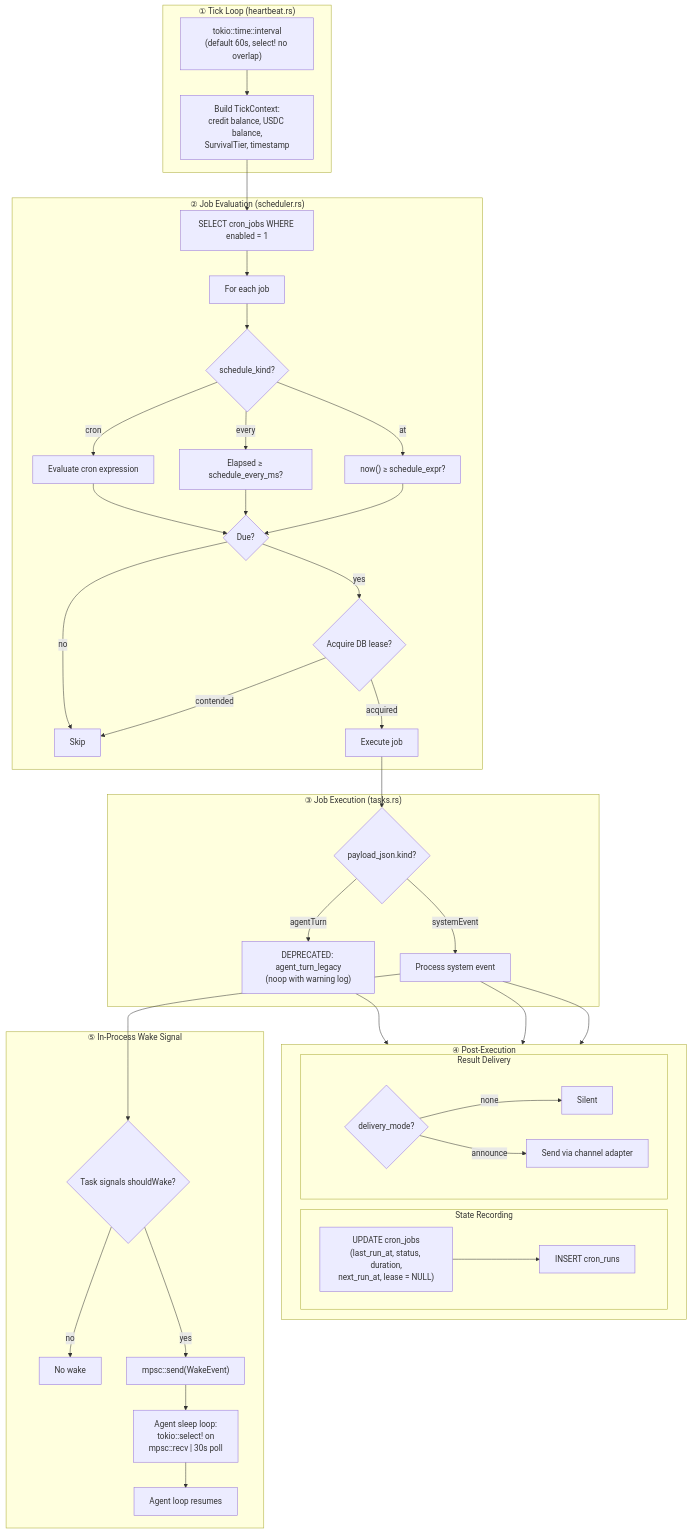
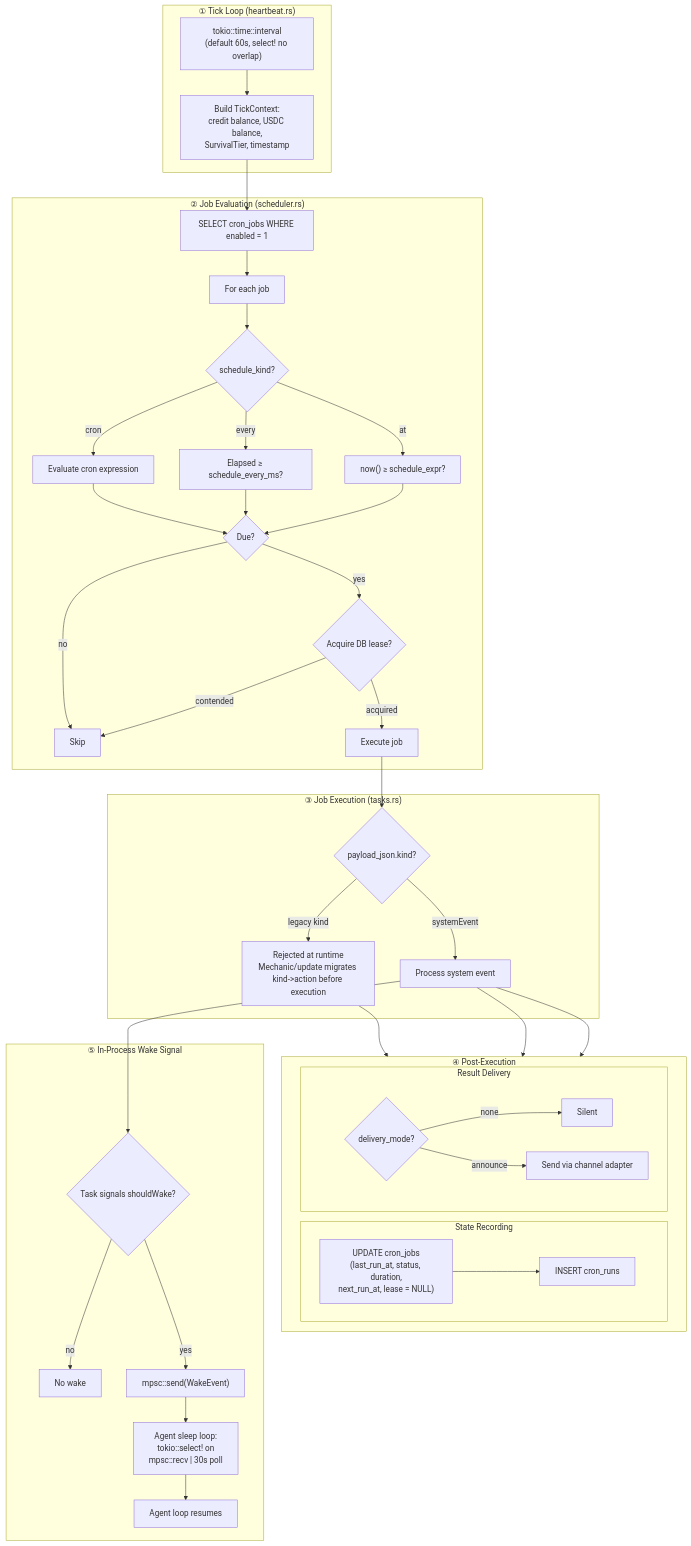
Diagram 11 of 27 in docs/architecture/ironclad-dataflow.md (robot-accomplice/ironclad), drawn with Mermaid before and after one commit. The commit also changed other lines of this file and 102 other files, not shown here.

````diff
--- a/docs/architecture/ironclad-dataflow.md
+++ b/docs/architecture/ironclad-dataflow.md
@@ -537,57 +537,57 @@
 ```mermaid
 flowchart TD
     subgraph TickLoop["① Tick Loop (heartbeat.rs)"]
         TOKIO_INTERVAL["tokio::time::interval<br/>(default 60s, select! no overlap)"]
         TOKIO_INTERVAL --> BUILD_CTX["Build TickContext:<br/>credit balance, USDC balance,<br/>SurvivalTier, timestamp"]
     end
 
     BUILD_CTX --> QUERY_JOBS
 
     subgraph Evaluate["② Job Evaluation (scheduler.rs)"]
         QUERY_JOBS["SELECT cron_jobs WHERE enabled = 1"]
         QUERY_JOBS --> FOR_EACH["For each job"]
         FOR_EACH --> SCHED_TYPE{"schedule_kind?"}
         SCHED_TYPE -->|cron| CRON_EVAL["Evaluate cron expression"]
         SCHED_TYPE -->|every| INTERVAL_EVAL["Elapsed ≥ schedule_every_ms?"]
         SCHED_TYPE -->|at| AT_EVAL["now() ≥ schedule_expr?"]
         CRON_EVAL & INTERVAL_EVAL & AT_EVAL --> IS_DUE{"Due?"}
         IS_DUE -->|no| SKIP_JOB["Skip"]
         IS_DUE -->|yes| LEASE{"Acquire DB lease?"}
         LEASE -->|contended| SKIP_JOB
         LEASE -->|acquired| EXECUTE_JOB["Execute job"]
     end
 
     EXECUTE_JOB --> PAYLOAD_KIND
 
     subgraph Execution["③ Job Execution (tasks.rs)"]
         PAYLOAD_KIND{"payload_json.kind?"}
-        PAYLOAD_KIND -->|agentTurn| AGENT_NOOP["DEPRECATED: agent_turn_legacy<br/>(noop with warning log)"]
+        PAYLOAD_KIND -->|legacy kind| AGENT_NOOP["Rejected at runtime<br/>Mechanic/update migrates kind->action before execution"]
         PAYLOAD_KIND -->|systemEvent| SYS_EVENT["Process system event"]
     end
 
     subgraph PostExecution["④ Post-Execution"]
         direction LR
         subgraph Recording["State Recording"]
             UPDATE_JOB["UPDATE cron_jobs<br/>(last_run_at, status, duration,<br/>next_run_at, lease = NULL)"]
             UPDATE_JOB --> INSERT_RUN["INSERT cron_runs"]
         end
         subgraph Delivery["Result Delivery"]
             DELIVERY_MODE{"delivery_mode?"}
             DELIVERY_MODE -->|none| SILENT["Silent"]
             DELIVERY_MODE -->|announce| DELIVER_MSG["Send via channel adapter"]
         end
     end
 
     AGENT_NOOP & SYS_EVENT --> UPDATE_JOB
     SYS_EVENT --> DELIVERY_MODE
 
     subgraph WakeSignal["⑤ In-Process Wake Signal"]
         SHOULD_WAKE{"Task signals shouldWake?"}
         SHOULD_WAKE -->|no| WAKE_DONE["No wake"]
         SHOULD_WAKE -->|yes| MPSC_SEND["mpsc::send(WakeEvent)"]
         MPSC_SEND --> SLEEP_SELECT["Agent sleep loop:<br/>tokio::select! on<br/>mpsc::recv | 30s poll"]
         SLEEP_SELECT --> AGENT_WAKES["Agent loop resumes"]
     end
 
     SYS_EVENT --> SHOULD_WAKE
 ```
````
